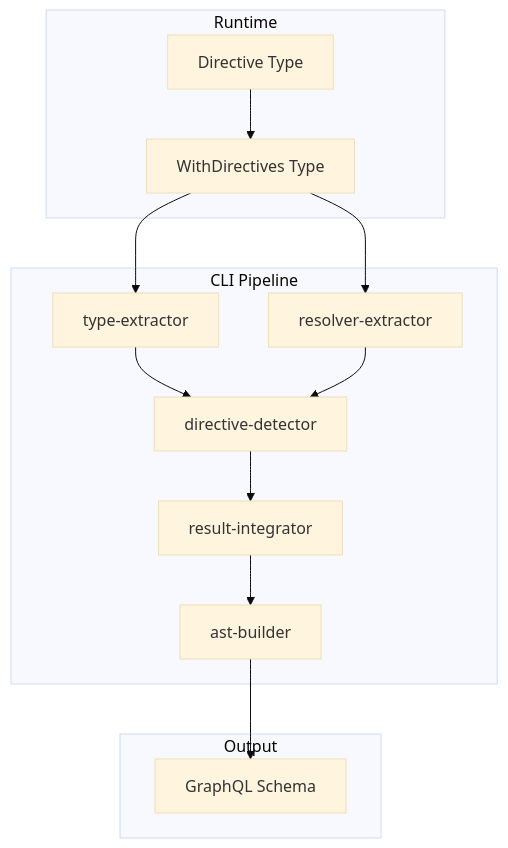
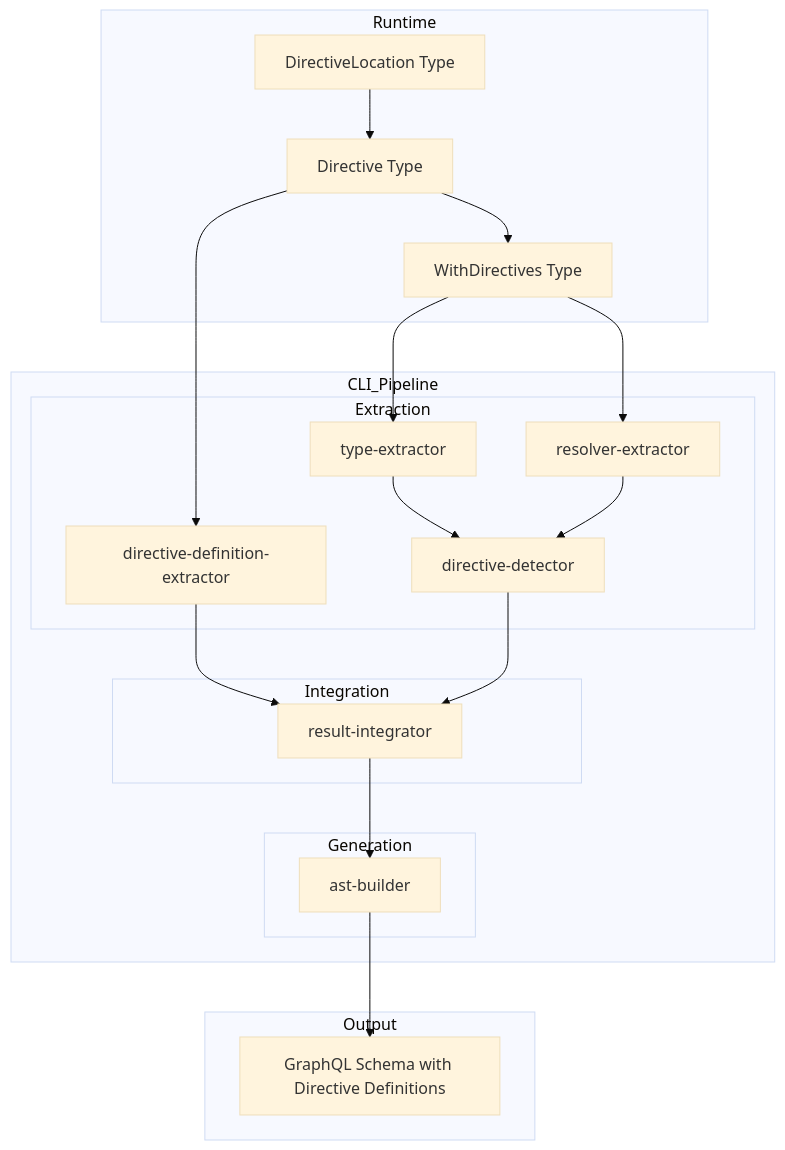
One commit to izumin5210/gqlkit changed the first of 3 diagrams in .kiro/specs/graphql-directive-support/design.md. Above: the diagram before and after it, drawn with Mermaid (base theme). The commit also changed other lines of this file and 33 other files, not shown here.

First line of the commit message:
feat(cli): add directive Location validation and fix generic type handling

````diff
--- a/.kiro/specs/graphql-directive-support/design.md
+++ b/.kiro/specs/graphql-directive-support/design.md
@@ -40,28 +61,41 @@
 ```mermaid
 graph TB
     subgraph Runtime
+        DirectiveLocation[DirectiveLocation Type]
         Directive[Directive Type]
         WithDirectives[WithDirectives Type]
     end
 
-    subgraph CLI Pipeline
-        TE[type-extractor]
-        RE[resolver-extractor]
-        DD[directive-detector]
-        RI[result-integrator]
-        AB[ast-builder]
+    subgraph CLI_Pipeline
+        subgraph Extraction
+            TE[type-extractor]
+            RE[resolver-extractor]
+            DD[directive-detector]
+            DDE[directive-definition-extractor]
+        end
+
+        subgraph Integration
+            RI[result-integrator]
+        end
+
+        subgraph Generation
+            AB[ast-builder]
+        end
     end
 
     subgraph Output
-        Schema[GraphQL Schema]
+        Schema[GraphQL Schema with Directive Definitions]
     end
 
+    DirectiveLocation --> Directive
     Directive --> WithDirectives
+    Directive --> DDE
     WithDirectives --> TE
     WithDirectives --> RE
     TE --> DD
     RE --> DD
+    DDE --> RI
     DD --> RI
     RI --> AB
     AB --> Schema
 ```
````
